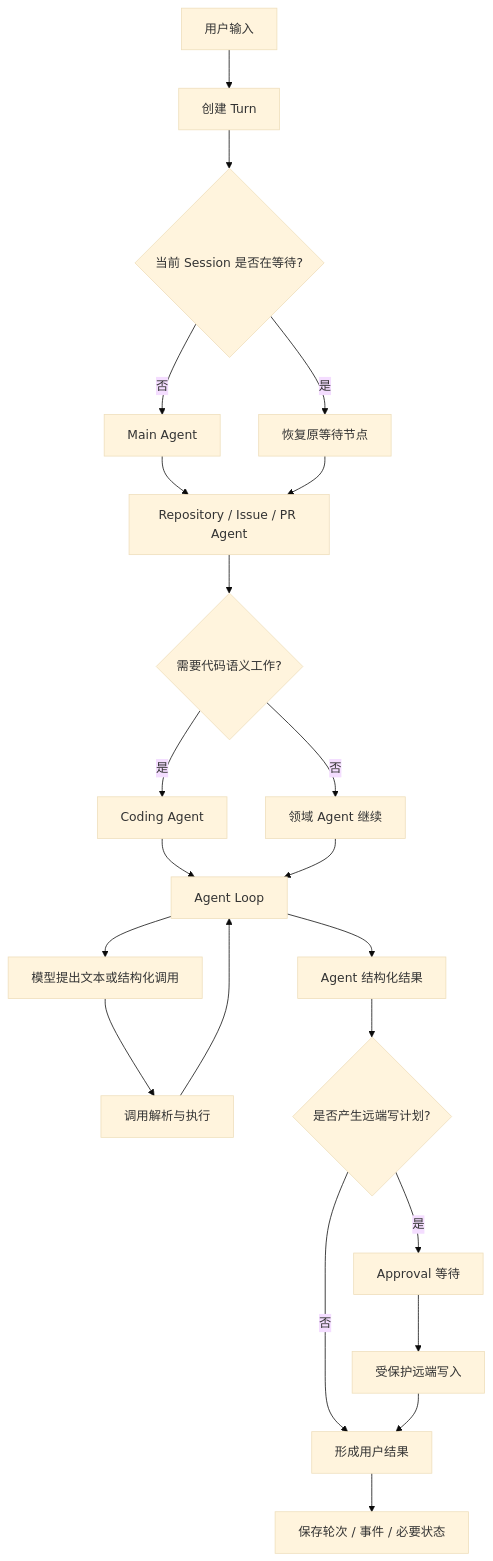
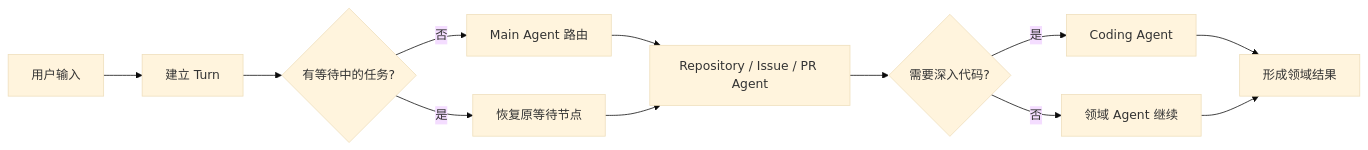
One commit to Arthur999459up/GitAgent changed the first of 7 diagrams in docs/01-overview-and-pipeline.md. Above: the diagram before and after it, drawn with Mermaid (base theme). The commit also changed other lines of this file and 15 other files, not shown here.

````diff
--- a/docs/01-overview-and-pipeline.md
+++ b/docs/01-overview-and-pipeline.md
@@ -13,24 +13,14 @@
 ```mermaid
-flowchart TD
-    U[用户输入] --> T[创建 Turn]
-    T --> S{当前 Session 是否在等待?}
-    S -->|否| M[Main Agent]
-    S -->|是| RESUME[恢复原等待节点]
+flowchart LR
+    U[用户输入] --> T[建立 Turn]
+    T --> S{有等待中的任务?}
+    S -->|否| M[Main Agent 路由]
+    S -->|是| R[恢复原等待节点]
     M --> D[Repository / Issue / PR Agent]
-    RESUME --> D
-    D --> C{需要代码语义工作?}
+    R --> D
+    D --> C{需要深入代码?}
     C -->|是| CA[Coding Agent]
-    C -->|否| DL[领域 Agent 继续]
-    CA --> L[Agent Loop]
-    DL --> L
-    L --> R[模型提出文本或结构化调用]
-    R --> X[调用解析与执行]
-    X --> L
-    L --> OUT[Agent 结构化结果]
-    OUT --> P{是否产生远端写计划?}
-    P -->|否| FINAL[形成用户结果]
-    P -->|是| A[Approval 等待]
-    A --> W[受保护远端写入]
-    W --> FINAL
-    FINAL --> SAVE[保存轮次 / 事件 / 必要状态]
+    C -->|否| DR[领域 Agent 继续]
+    CA --> O[形成领域结果]
+    DR --> O
 ```
````
